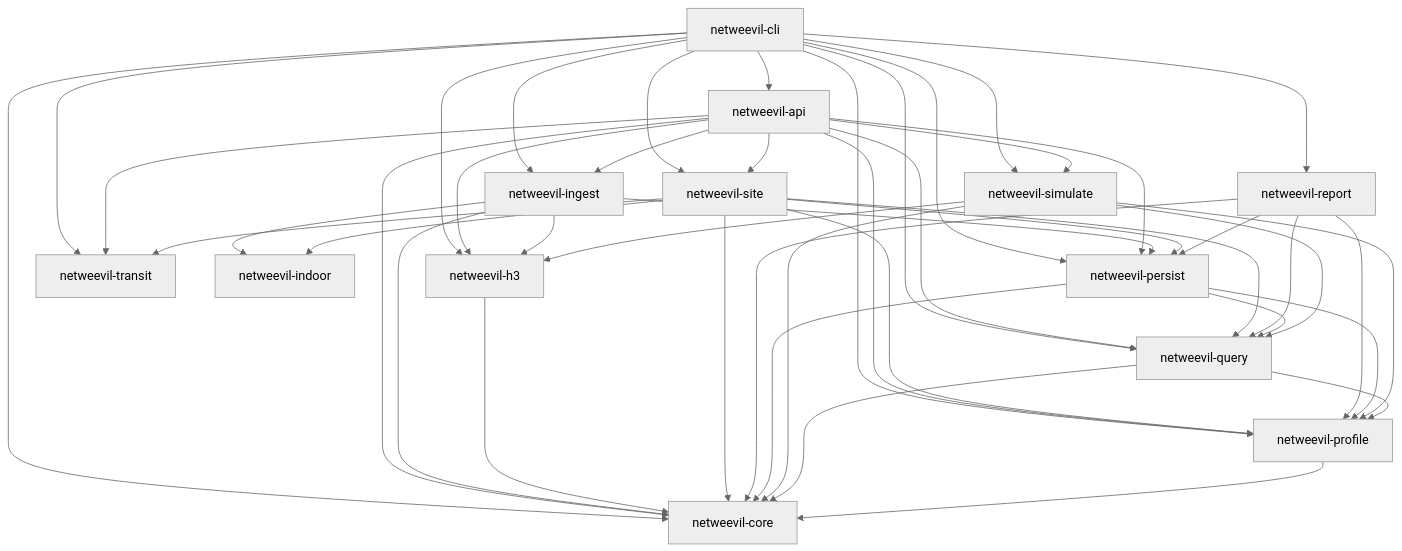
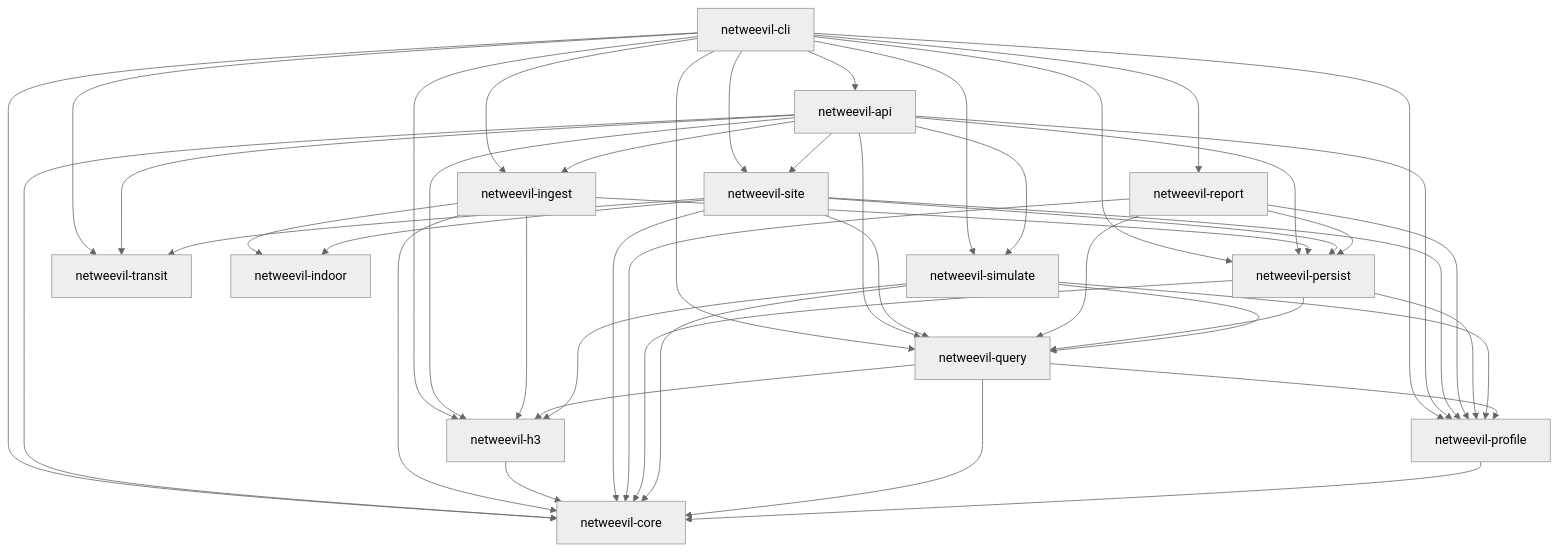
The first of 2 diagrams in docs/concepts/architecture.md (elqniemi/netweevil), drawn with Mermaid (neutral theme) before and after one commit. The commit also changed 51 other files, not shown here.

````diff
--- a/docs/concepts/architecture.md
+++ b/docs/concepts/architecture.md
@@ -31,71 +31,72 @@
 ```mermaid
 graph TD
     cli[netweevil-cli]
     api[netweevil-api]
     ingest[netweevil-ingest]
     report[netweevil-report]
     simulate[netweevil-simulate]
     persist[netweevil-persist]
     query[netweevil-query]
     profile[netweevil-profile]
     transit[netweevil-transit]
     site[netweevil-site]
     indoor[netweevil-indoor]
     h3[netweevil-h3]
     core[netweevil-core]
 
     cli --> api
     cli --> h3
     cli --> ingest
     cli --> report
     cli --> simulate
     cli --> persist
     cli --> query
     cli --> profile
     cli --> transit
     cli --> site
     cli --> core
 
     api --> ingest
     api --> simulate
     api --> persist
     api --> query
     api --> profile
     api --> transit
     api --> site
     api --> h3
     api --> core
 
     ingest --> persist
     ingest --> indoor
     ingest --> h3
     ingest --> core
 
     h3 --> core
+    query --> h3
 
     site --> persist
     site --> query
     site --> profile
     site --> transit
     site --> indoor
     site --> core
 
     report --> persist
     report --> query
     report --> profile
     report --> core
 
     persist --> query
     persist --> profile
     persist --> core
 
     simulate --> query
     simulate --> profile
     simulate --> h3
     simulate --> core
 
     query --> profile
     query --> core
 
     profile --> core
 ```
````
